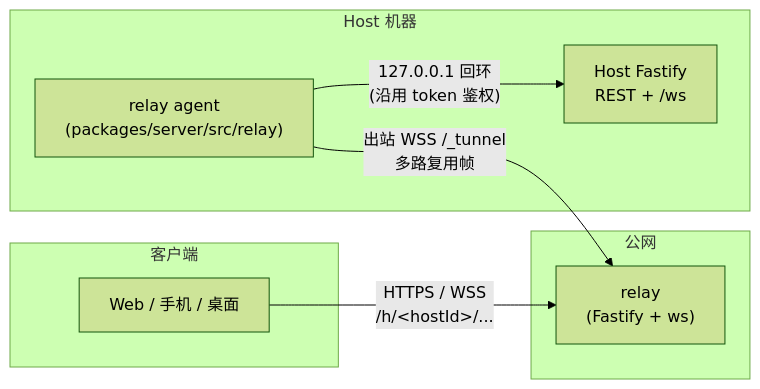
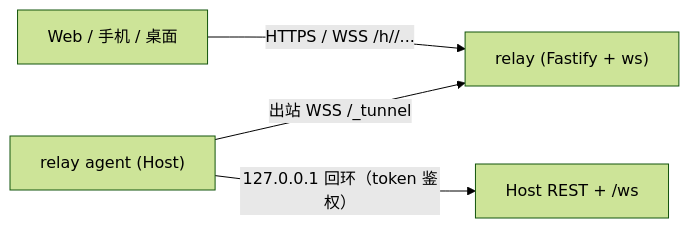
The diagram in docs/features/relay.md (situNagisa/tandem), drawn with Mermaid (forest theme) before and after one commit. The commit also changed other lines of this file and 22 other files, not shown here.

````diff
--- a/docs/features/relay.md
+++ b/docs/features/relay.md
@@ -9,16 +7,6 @@
 ```mermaid
 flowchart LR
-  subgraph 客户端
-    A["Web / 手机 / 桌面"]
-  end
-  subgraph 公网
-    R["relay<br/>(Fastify + ws)"]
-  end
-  subgraph Host 机器
-    T["relay agent<br/>(packages/server/src/relay)"]
-    S["Host Fastify<br/>REST + /ws"]
-  end
-  A -- "HTTPS / WSS<br/>/h/&lt;hostId&gt;/..." --> R
-  T -- "出站 WSS /_tunnel<br/>多路复用帧" --> R
-  T -- "127.0.0.1 回环<br/>(沿用 token 鉴权)" --> S
+  A["Web / 手机 / 桌面"] -- "HTTPS / WSS /h/<hostId>/..." --> R["relay (Fastify + ws)"]
+  T["relay agent (Host)"] -- "出站 WSS /_tunnel" --> R
+  T -- "127.0.0.1 回环（token 鉴权）" --> S["Host REST + /ws"]
 ```
````
